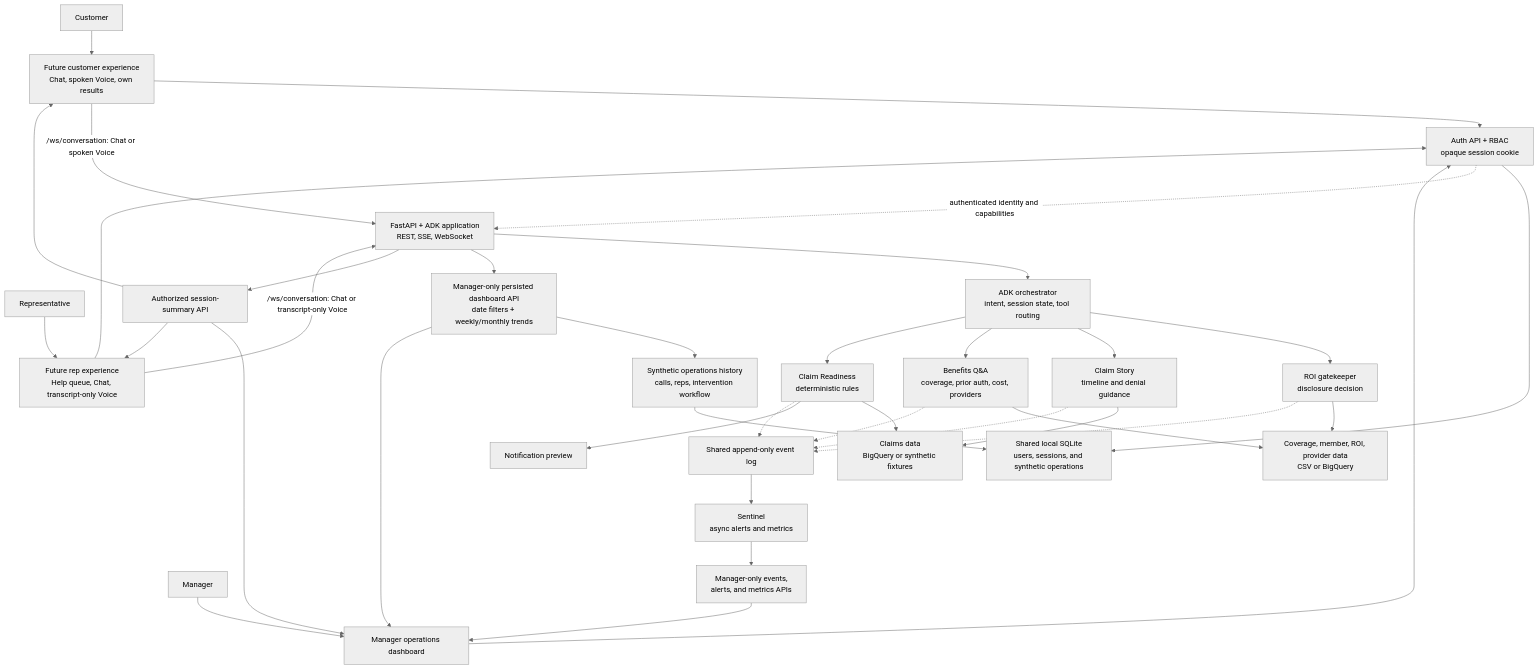
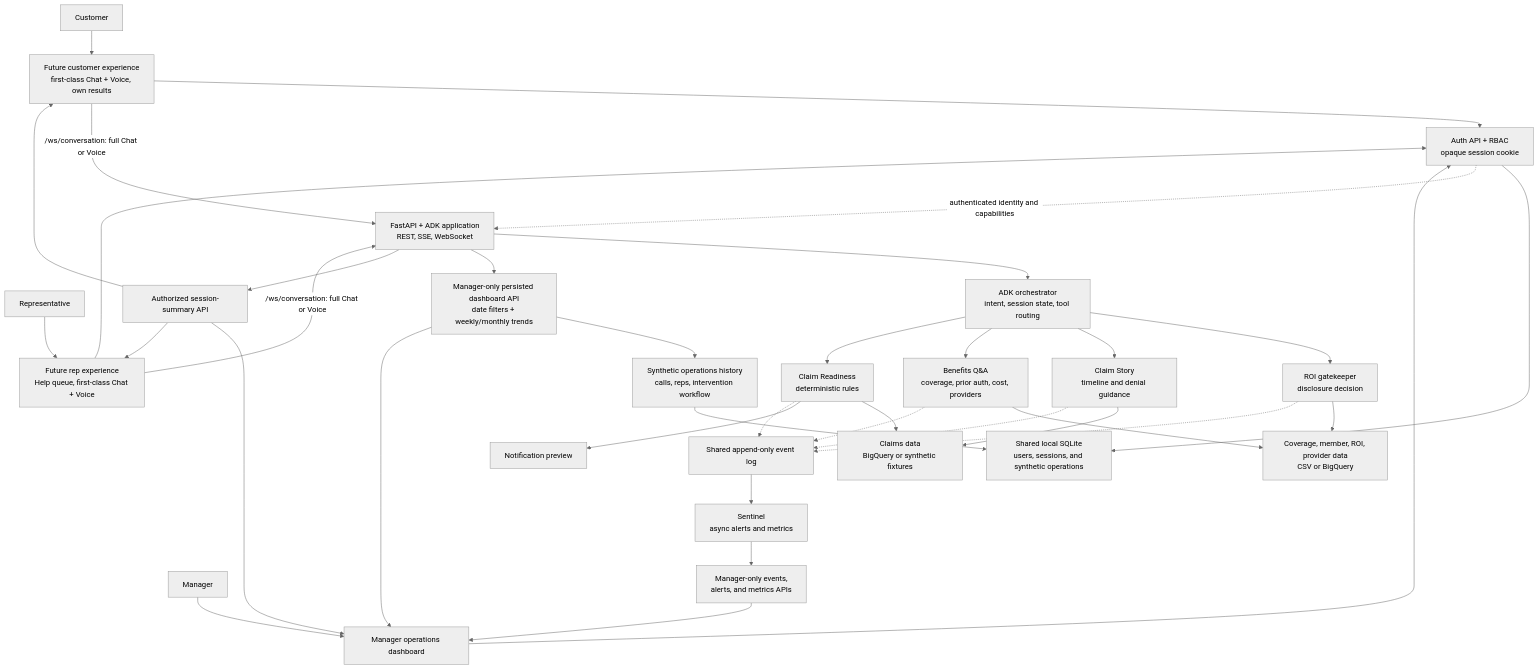
One commit to zhangdaniel62/humana-hackathon-2026 changed the diagram in assets/docs/overall_plan.md. Above: the diagram before and after it, drawn with Mermaid (neutral theme). The commit also changed other lines of this file and 1 other file, not shown here.

Commit message:
Define Chat and Voice as first-class modes

````diff
--- a/assets/docs/overall_plan.md
+++ b/assets/docs/overall_plan.md
@@ -148,62 +151,62 @@
 ```mermaid
 flowchart TD
     Customer["Customer"]
     Rep["Representative"]
     Manager["Manager"]
-    CustomerUI["Future customer experience<br/>Chat, spoken Voice, own results"]
-    RepUI["Future rep experience<br/>Help queue, Chat, transcript-only Voice"]
+    CustomerUI["Future customer experience<br/>first-class Chat + Voice, own results"]
+    RepUI["Future rep experience<br/>Help queue, first-class Chat + Voice"]
     ManagerUI["Manager operations dashboard"]
     Auth["Auth API + RBAC<br/>opaque session cookie"]
     AuthDB["Shared local SQLite<br/>users, sessions, and synthetic operations"]
     API["FastAPI + ADK application<br/>REST, SSE, WebSocket"]
     Orchestrator["ADK orchestrator<br/>intent, session state, tool routing"]
     ROI["ROI gatekeeper<br/>disclosure decision"]
     Claim["Claim Story<br/>timeline and denial guidance"]
     Benefits["Benefits Q&A<br/>coverage, prior auth, cost, providers"]
     Readiness["Claim Readiness<br/>deterministic rules"]
     Preview["Notification preview"]
     ClaimsData["Claims data<br/>BigQuery or synthetic fixtures"]
     BenefitsData["Coverage, member, ROI, provider data<br/>CSV or BigQuery"]
     EventLog["Shared append-only event log"]
     Sentinel["Sentinel<br/>async alerts and metrics"]
     ManagerAPI["Manager-only events,<br/>alerts, and metrics APIs"]
     DashboardAPI["Manager-only persisted dashboard API<br/>date filters + weekly/monthly trends"]
     OperationsStore["Synthetic operations history<br/>calls, reps, intervention workflow"]
     SummaryAPI["Authorized session-summary API"]
 
     Customer --> CustomerUI
     Rep --> RepUI
     Manager --> ManagerUI
     CustomerUI --> Auth
     RepUI --> Auth
     ManagerUI --> Auth
     Auth --> AuthDB
     Auth -.->|"authenticated identity and capabilities"| API
-    CustomerUI -->|"/ws/conversation: Chat or spoken Voice"| API
-    RepUI -->|"/ws/conversation: Chat or transcript-only Voice"| API
+    CustomerUI -->|"/ws/conversation: full Chat or Voice"| API
+    RepUI -->|"/ws/conversation: full Chat or Voice"| API
     API --> Orchestrator
     Orchestrator --> ROI
     Orchestrator --> Claim
     Orchestrator --> Benefits
     Orchestrator --> Readiness
     Claim --> ClaimsData
     Readiness --> ClaimsData
     Benefits --> BenefitsData
     ROI --> BenefitsData
     Readiness --> Preview
     ROI -.-> EventLog
     Claim -.-> EventLog
     Benefits -.-> EventLog
     Readiness -.-> EventLog
     EventLog --> Sentinel
     Sentinel --> ManagerAPI
     ManagerAPI --> ManagerUI
     API --> DashboardAPI
     DashboardAPI --> OperationsStore
     OperationsStore --> AuthDB
     DashboardAPI --> ManagerUI
     API --> SummaryAPI
     SummaryAPI --> ManagerUI
     SummaryAPI --> RepUI
     SummaryAPI --> CustomerUI
 ```
````
